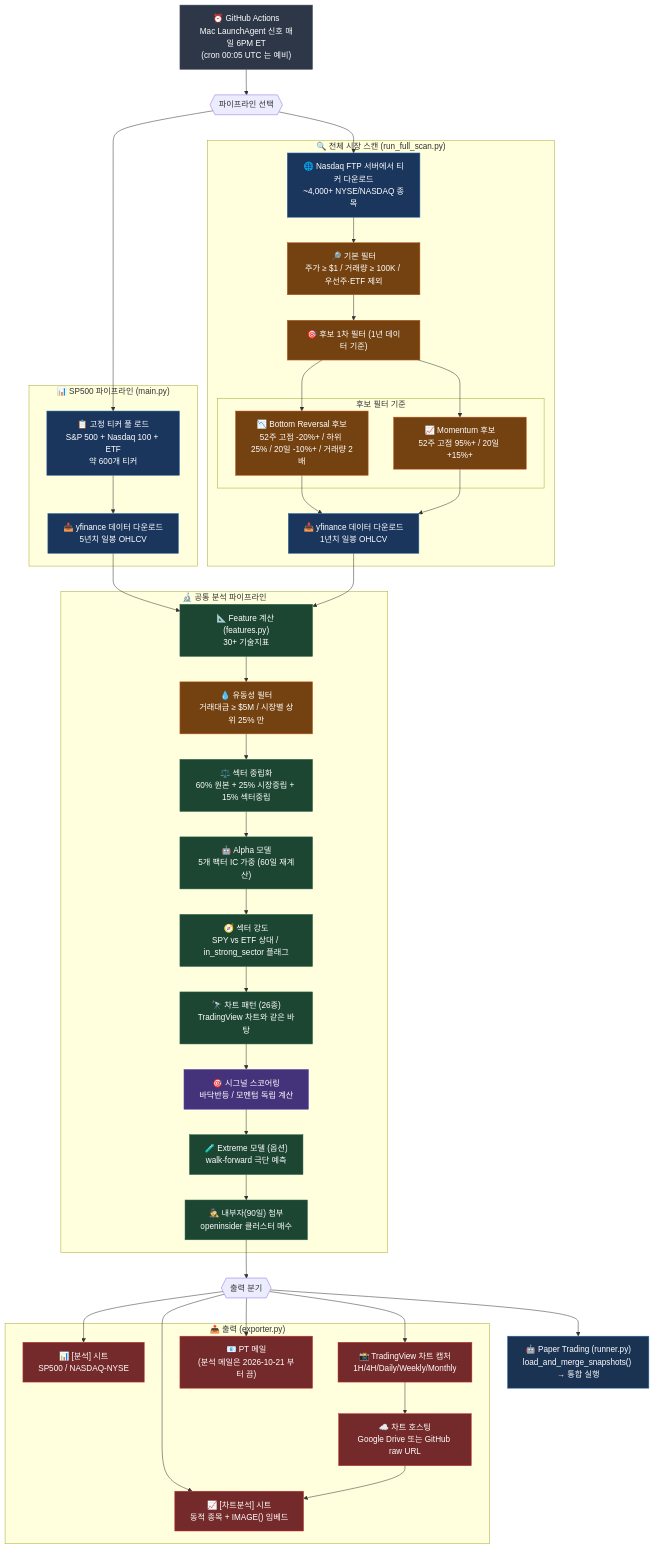
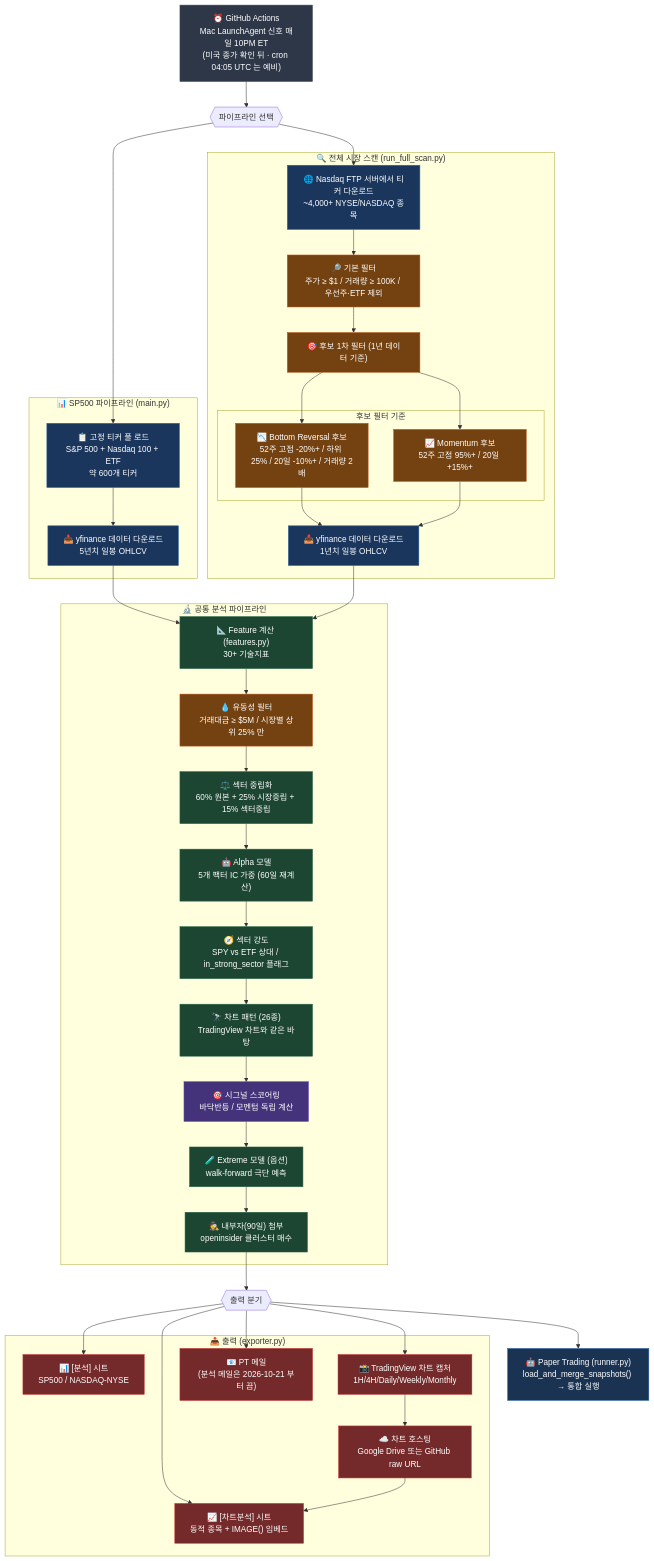
The first of 2 diagrams in docs/architecture.md (sean-ccho/Project_1), drawn with Mermaid before and after one commit. The commit also changed other lines of this file and 14 other files, not shown here.

````diff
--- a/docs/architecture.md
+++ b/docs/architecture.md
@@ -10,7 +10,7 @@
 ```mermaid
 flowchart TD
     %% ========== TRIGGER ==========
-    TRIGGER["⏰ GitHub Actions\nMac LaunchAgent 신호 매일 6PM ET\n(cron 00:05 UTC 는 예비)"]
+    TRIGGER["⏰ GitHub Actions\nMac LaunchAgent 신호 매일 10PM ET\n(미국 종가 확인 뒤 · cron 04:05 UTC 는 예비)"]
 
     TRIGGER --> SPLIT
 
````
